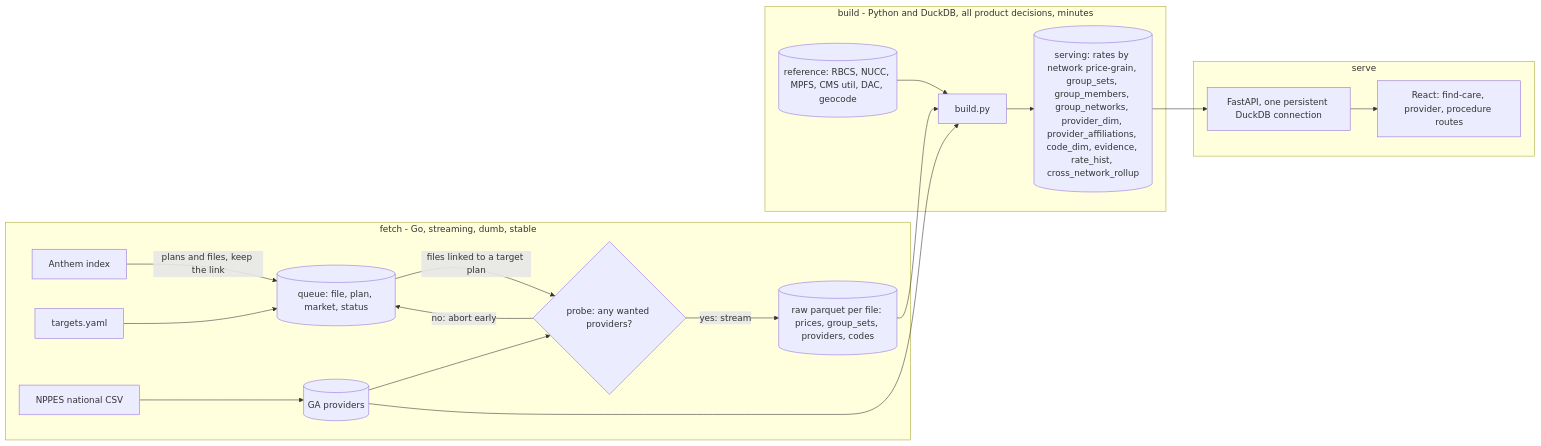
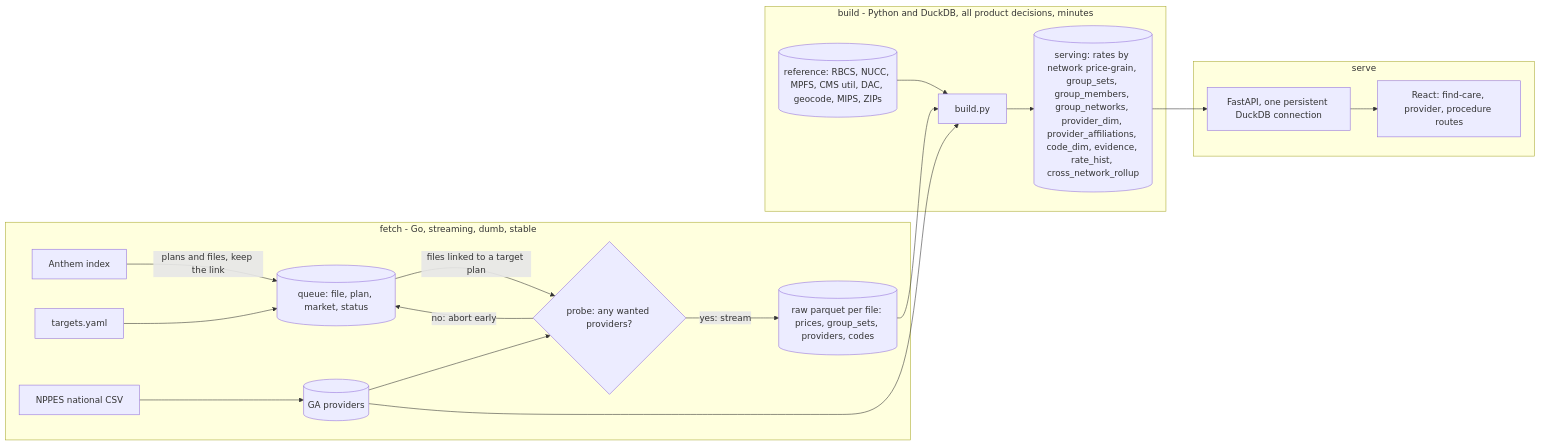
One commit to wmespi/honest-healthcare changed the first of 3 diagrams in docs/architecture.md. Above: the diagram before and after it, drawn with Mermaid. The commit also changed other lines of this file and 38 other files, not shown here.

````diff
--- a/docs/architecture.md
+++ b/docs/architecture.md
@@ -33,22 +33,22 @@
 ```mermaid
 flowchart LR
   subgraph fetch [fetch - Go, streaming, dumb, stable]
     IDX[Anthem index] -->|"plans and files, keep the link"| Q[(queue: file, plan, market, status)]
     TGT[targets.yaml] --> Q
     Q -->|"files linked to a target plan"| PROBE{"probe: any wanted providers?"}
     PROBE -->|"no: abort early"| Q
     PROBE -->|"yes: stream"| RAW[(raw parquet per file: prices, group_sets, providers, codes)]
     NPPES[NPPES national CSV] --> GA[(GA providers)]
     GA --> PROBE
   end
   subgraph build [build - Python and DuckDB, all product decisions, minutes]
     RAW --> B[build.py]
     GA --> B
-    REF[(reference: RBCS, NUCC, MPFS, CMS util, DAC, geocode)] --> B
+    REF[(reference: RBCS, NUCC, MPFS, CMS util, DAC, geocode, MIPS, ZIPs)] --> B
     B --> SRV[(serving: rates by network price-grain, group_sets, group_members, group_networks, provider_dim, provider_affiliations, code_dim, evidence, rate_hist, cross_network_rollup)]
   end
   subgraph serve [serve]
     SRV --> API[FastAPI, one persistent DuckDB connection]
     API --> WEB[React: find-care, provider, procedure routes]
   end
 ```
````
